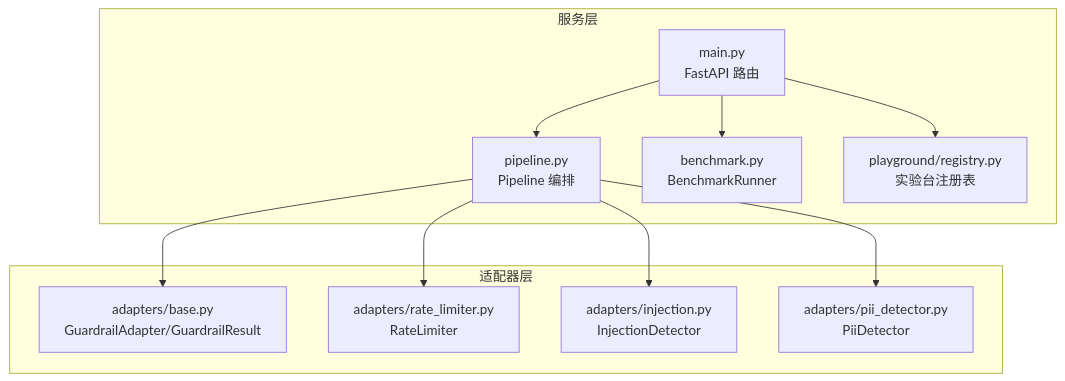
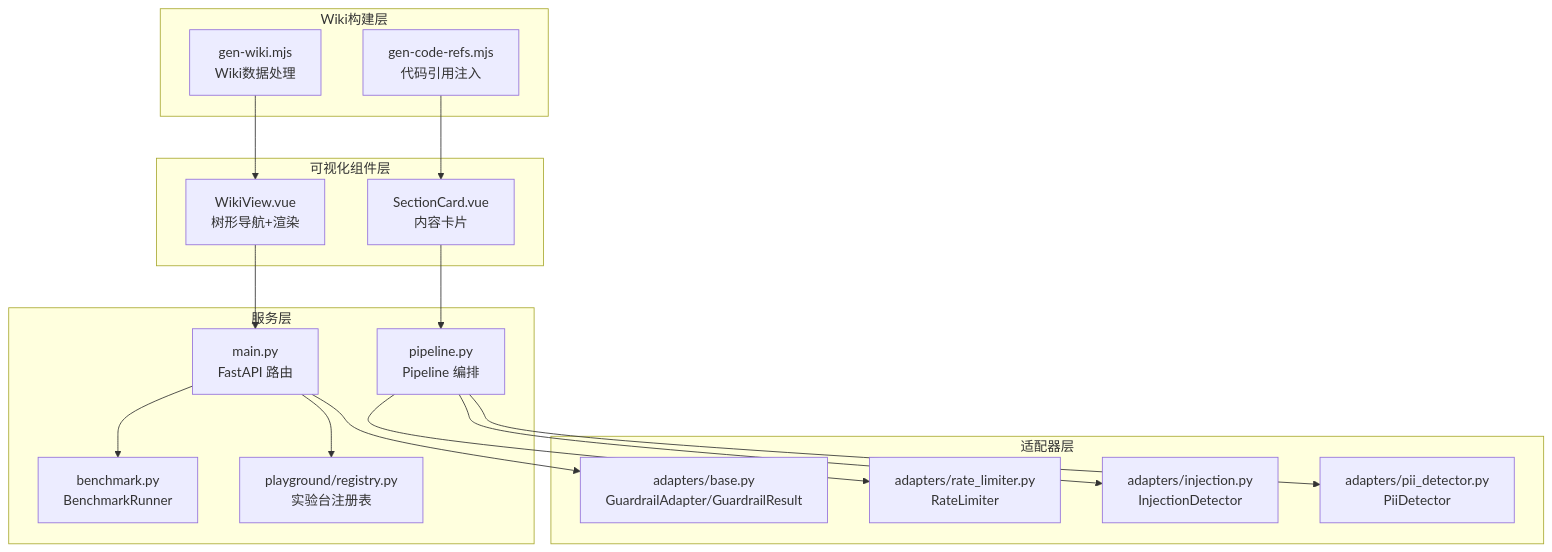
The second of 9 diagrams in .qoder/repowiki/zh/content/项目概述/仓库Wiki系统.md (king-l6/agent_application_development), drawn with Mermaid before and after one commit. The commit also changed other lines of this file and 425 other files, not shown here.

````diff
--- a/.qoder/repowiki/zh/content/项目概述/仓库Wiki系统.md
+++ b/.qoder/repowiki/zh/content/项目概述/仓库Wiki系统.md
@@ -84,22 +121,33 @@
 ```mermaid
 graph TB
+subgraph "Wiki构建层"
+GW["gen-wiki.mjs<br/>Wiki数据处理"]
+GC["gen-code-refs.mjs<br/>代码引用注入"]
+end
+subgraph "可视化组件层"
+WV["WikiView.vue<br/>树形导航+渲染"]
+SC["SectionCard.vue<br/>内容卡片"]
+end
 subgraph "服务层"
 M["main.py<br/>FastAPI 路由"]
 P["pipeline.py<br/>Pipeline 编排"]
 B["benchmark.py<br/>BenchmarkRunner"]
 R["playground/registry.py<br/>实验台注册表"]
 end
 subgraph "适配器层"
 BASE["adapters/base.py<br/>GuardrailAdapter/GuardrailResult"]
 RL["adapters/rate_limiter.py<br/>RateLimiter"]
 INJ["adapters/injection.py<br/>InjectionDetector"]
 PII["adapters/pii_detector.py<br/>PiiDetector"]
 end
-M --> P
+GW --> WV
+GC --> SC
+WV --> M
+SC --> P
+M --> BASE
 M --> B
 M --> R
-P --> BASE
 P --> RL
 P --> INJ
 P --> PII
 ```
````
